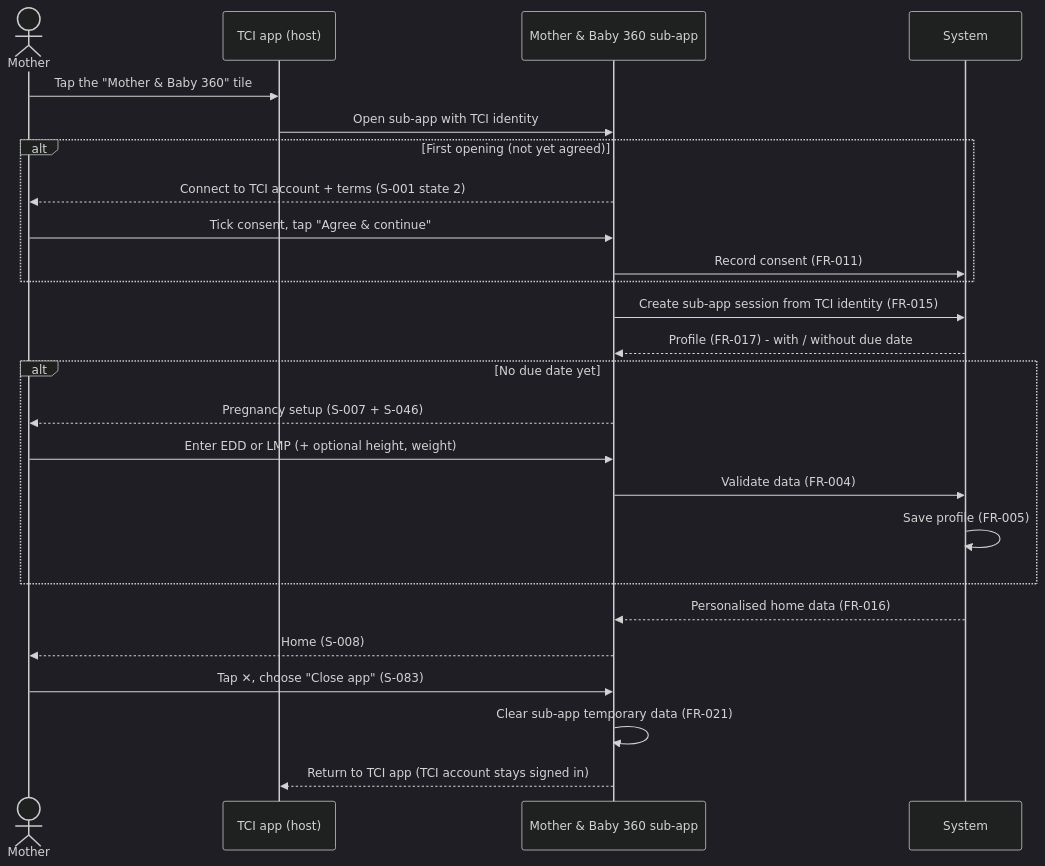
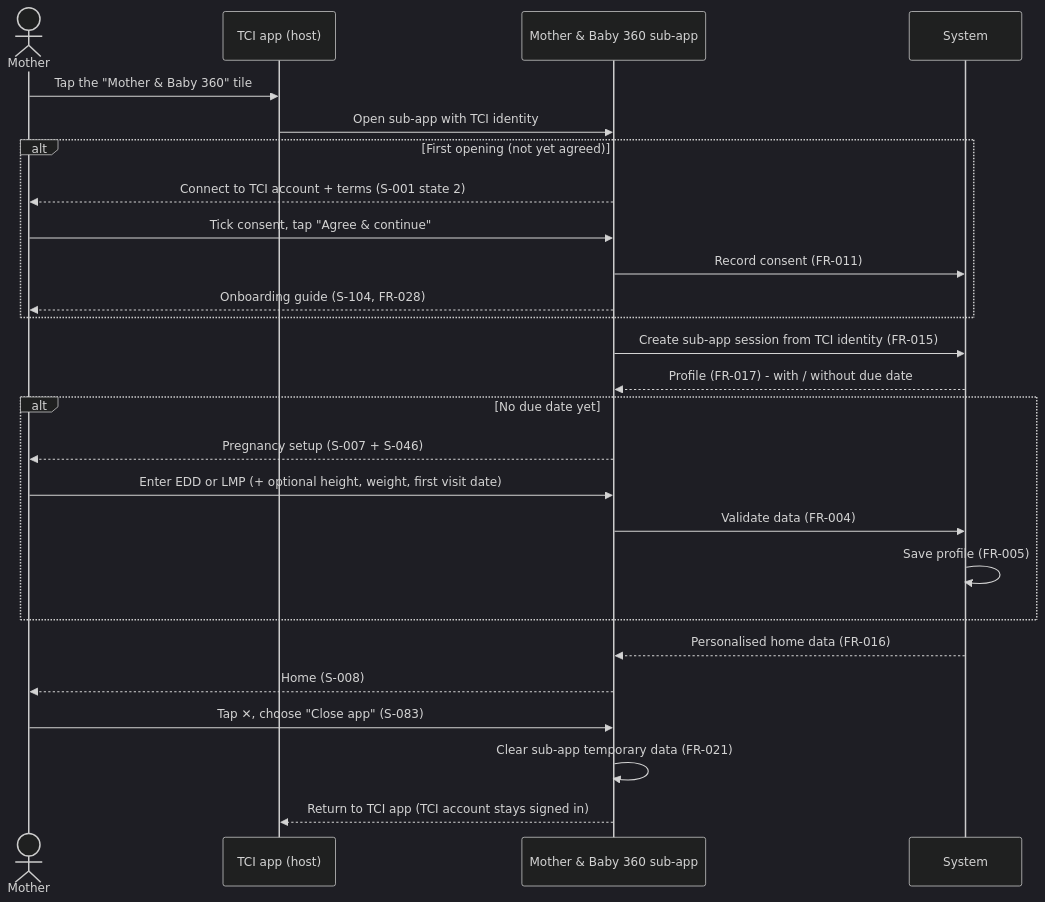
The second of 2 diagrams in specs/spec-ACC.md (PromotedKing/dbiz3-team-a-rubric), drawn with Mermaid (dark theme) before and after one commit. The commit also changed other lines of this file and 38 other files, not shown here.

````diff
--- a/specs/spec-ACC.md
+++ b/specs/spec-ACC.md
@@ -128,28 +136,29 @@
 ```mermaid
 sequenceDiagram
     actor Mom as Mother
     participant TCI as TCI app (host)
     participant App as Mother & Baby 360 sub-app
     participant SYS as System
 
     Mom->>TCI: Tap the "Mother & Baby 360" tile
     TCI->>App: Open sub-app with TCI identity
     alt First opening (not yet agreed)
         App-->>Mom: Connect to TCI account + terms (S-001 state 2)
         Mom->>App: Tick consent, tap "Agree & continue"
         App->>SYS: Record consent (FR-011)
+        App-->>Mom: Onboarding guide (S-104, FR-028)
     end
     App->>SYS: Create sub-app session from TCI identity (FR-015)
     SYS-->>App: Profile (FR-017) - with / without due date
     alt No due date yet
         App-->>Mom: Pregnancy setup (S-007 + S-046)
-        Mom->>App: Enter EDD or LMP (+ optional height, weight)
+        Mom->>App: Enter EDD or LMP (+ optional height, weight, first visit date)
         App->>SYS: Validate data (FR-004)
         SYS->>SYS: Save profile (FR-005)
     end
     SYS-->>App: Personalised home data (FR-016)
     App-->>Mom: Home (S-008)
     Mom->>App: Tap ✕, choose "Close app" (S-083)
     App->>App: Clear sub-app temporary data (FR-021)
     App-->>TCI: Return to TCI app (TCI account stays signed in)
 ```
````
